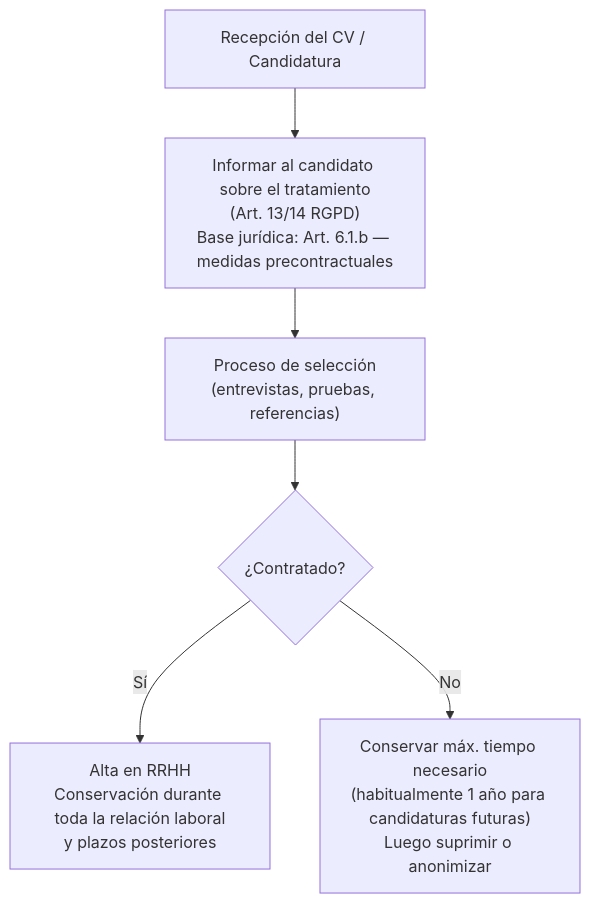
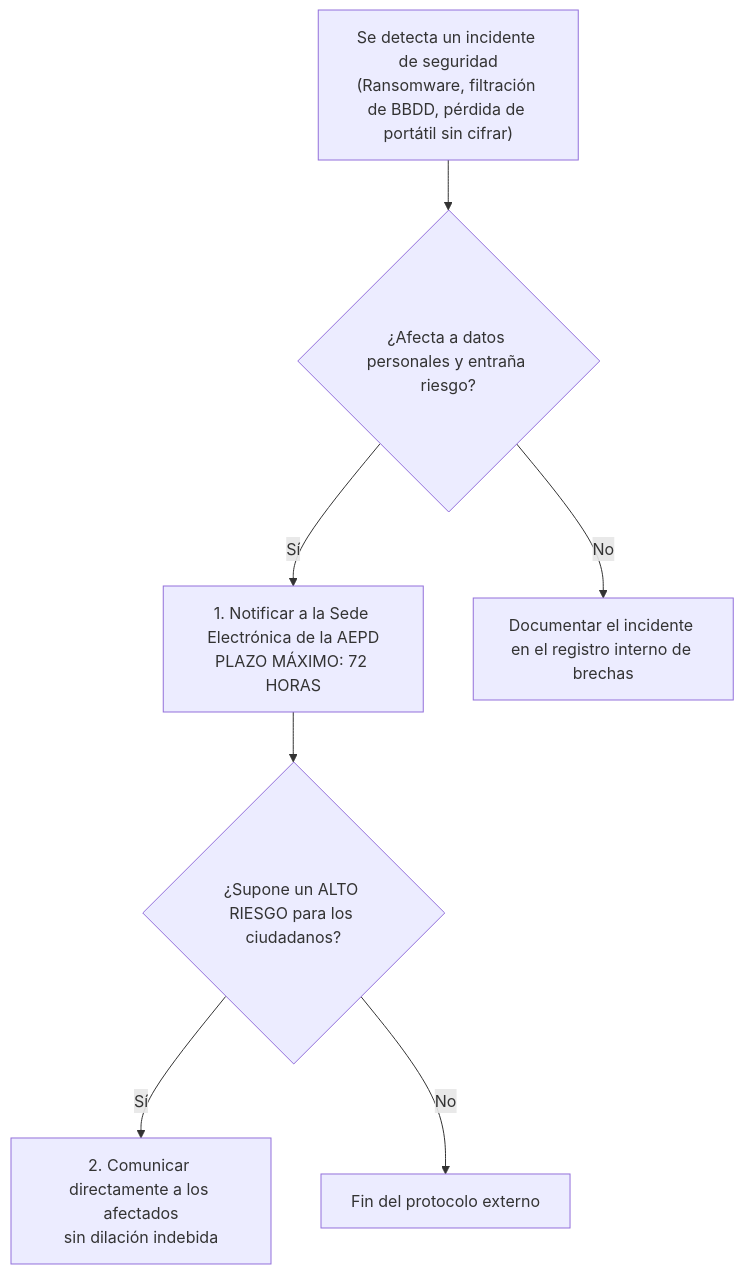
Before and after one commit to JohnDSil/apuntes_asir: the fifth of 6 diagrams in docs/2-curso/sad/05-marco-legal-rgpd-aepd.md, drawn with Mermaid. The commit also changed other lines of this file and 5 other files, not shown here.

````diff
--- a/docs/2-curso/sad/05-marco-legal-rgpd-aepd.md
+++ b/docs/2-curso/sad/05-marco-legal-rgpd-aepd.md
@@ -220,8 +132,9 @@
 ```mermaid
 flowchart TD
-    CV["Recepción del CV / Candidatura"] --> Info["Informar al candidato sobre el tratamiento\n(Art. 13/14 RGPD)\nBase jurídica: Art. 6.1.b — medidas precontractuales"]
-    Info --> Proceso["Proceso de selección\n(entrevistas, pruebas, referencias)"]
-    Proceso --> Decision{"¿Contratado?"}
-    Decision -->|Sí| Contrato["Alta en RRHH\nConservación durante toda la relación laboral\ny plazos posteriores"]
-    Decision -->|No| Conservar["Conservar máx. tiempo necesario\n(habitualmente 1 año para candidaturas futuras)\nLuego suprimir o anonimizar"]
+    B["Se detecta un incidente de seguridad\n(Ransomware, filtración de BBDD, pérdida de portátil sin cifrar)"] --> Eval{"¿Afecta a datos personales y entraña riesgo?"}
+    Eval -->|Sí| AEPD["1. Notificar a la Sede Electrónica de la AEPD\nPLAZO MÁXIMO: 72 HORAS"]
+    Eval -->|No| LOG["Documentar el incidente en el registro interno de brechas"]
+    AEPD --> Eval2{"¿Supone un ALTO RIESGO para los ciudadanos?"}
+    Eval2 -->|Sí| USER["2. Comunicar directamente a los afectados\nsin dilación indebida"]
+    Eval2 -->|No| FIN["Fin del protocolo externo"]
 ```
````
